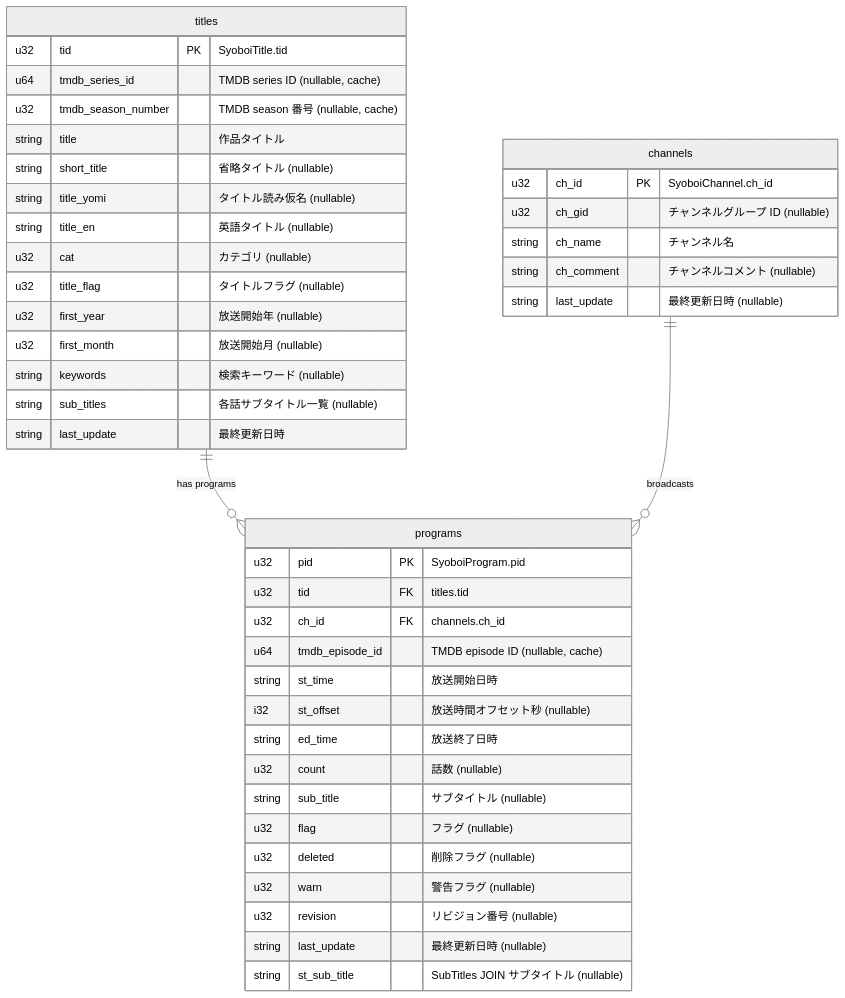
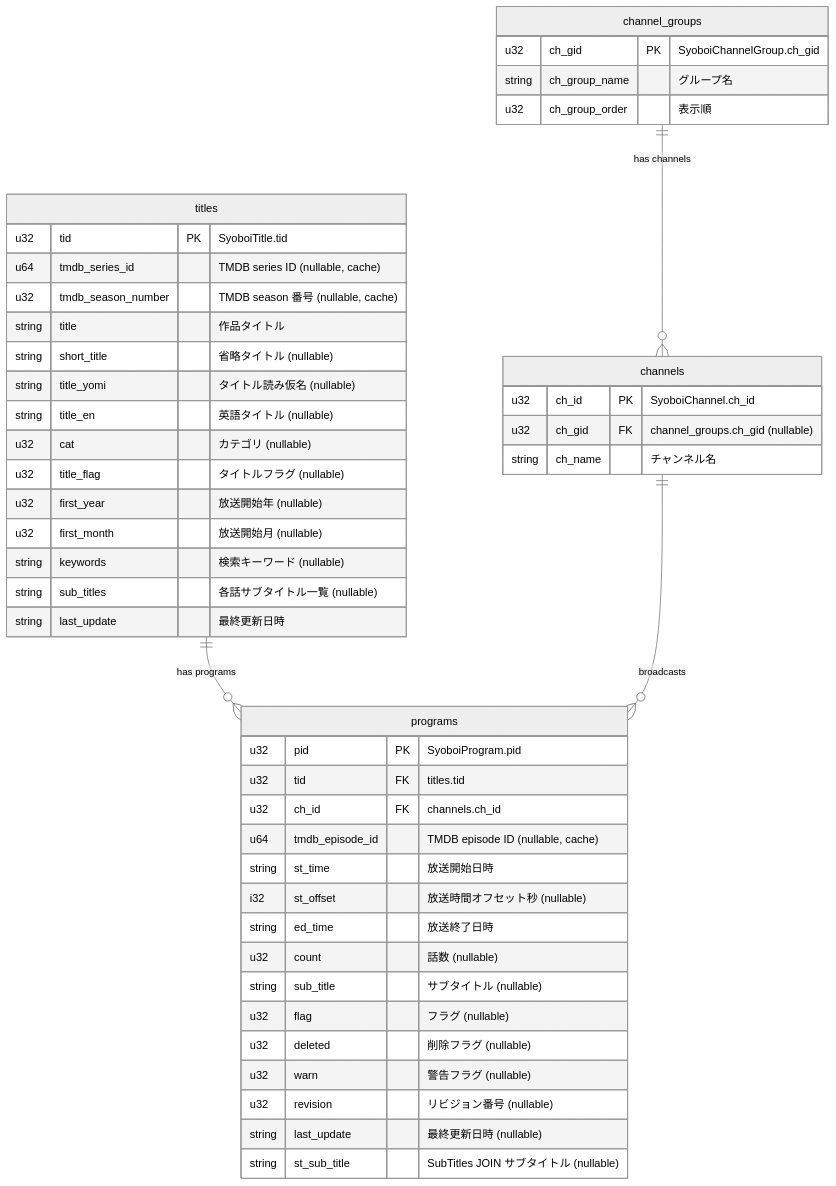
Before and after one commit to naa0yama/dtvmgr: the third of 3 diagrams in docs/specs/components/er-diagram.md, drawn with Mermaid (neutral theme). The commit also changed 18 other files, not shown here.

````diff
--- a/docs/specs/components/er-diagram.md
+++ b/docs/specs/components/er-diagram.md
@@ -179,48 +179,53 @@
 ```mermaid
 erDiagram
     titles {
         u32 tid PK "SyoboiTitle.tid"
         u64 tmdb_series_id "TMDB series ID (nullable, cache)"
         u32 tmdb_season_number "TMDB season 番号 (nullable, cache)"
         string title "作品タイトル"
         string short_title "省略タイトル (nullable)"
         string title_yomi "タイトル読み仮名 (nullable)"
         string title_en "英語タイトル (nullable)"
         u32 cat "カテゴリ (nullable)"
         u32 title_flag "タイトルフラグ (nullable)"
         u32 first_year "放送開始年 (nullable)"
         u32 first_month "放送開始月 (nullable)"
         string keywords "検索キーワード (nullable)"
         string sub_titles "各話サブタイトル一覧 (nullable)"
         string last_update "最終更新日時"
     }
 
     programs {
         u32 pid PK "SyoboiProgram.pid"
         u32 tid FK "titles.tid"
         u32 ch_id FK "channels.ch_id"
         u64 tmdb_episode_id "TMDB episode ID (nullable, cache)"
         string st_time "放送開始日時"
         i32 st_offset "放送時間オフセット秒 (nullable)"
         string ed_time "放送終了日時"
         u32 count "話数 (nullable)"
         string sub_title "サブタイトル (nullable)"
         u32 flag "フラグ (nullable)"
         u32 deleted "削除フラグ (nullable)"
         u32 warn "警告フラグ (nullable)"
         u32 revision "リビジョン番号 (nullable)"
         string last_update "最終更新日時 (nullable)"
         string st_sub_title "SubTitles JOIN サブタイトル (nullable)"
     }
 
+    channel_groups {
+        u32 ch_gid PK "SyoboiChannelGroup.ch_gid"
+        string ch_group_name "グループ名"
+        u32 ch_group_order "表示順"
+    }
+
     channels {
         u32 ch_id PK "SyoboiChannel.ch_id"
-        u32 ch_gid "チャンネルグループ ID (nullable)"
+        u32 ch_gid FK "channel_groups.ch_gid (nullable)"
         string ch_name "チャンネル名"
-        string ch_comment "チャンネルコメント (nullable)"
-        string last_update "最終更新日時 (nullable)"
     }
 
+    channel_groups ||--o{ channels : "has channels"
     titles ||--o{ programs : "has programs"
     channels ||--o{ programs : "broadcasts"
 ```
````
